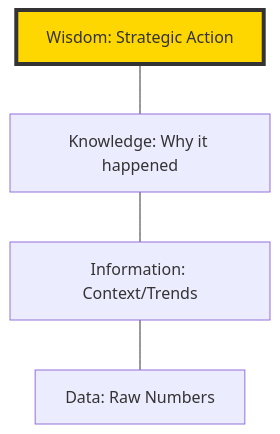
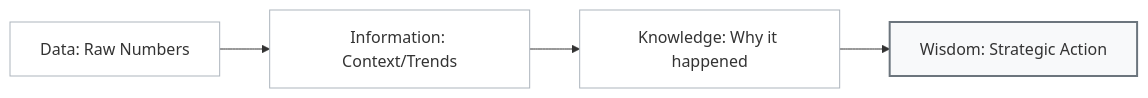
One commit to susanavenda/data_cambridge changed the second of 11 diagrams in README.md. Above: the diagram before and after it, drawn with Mermaid. The commit also changed other lines of this file, not shown here.

````diff
--- a/README.md
+++ b/README.md
@@ -41,8 +39,11 @@
 ```mermaid
-graph TD
-    W[Wisdom: Strategic Action] --- K[Knowledge: Why it happened]
-    K --- I[Information: Context/Trends]
-    I --- D[Data: Raw Numbers]
-    style W fill:#ffd700,stroke:#333,stroke-width:4px
+graph LR
+    D[Data: Raw Numbers] --> I[Information: Context/Trends]
+    I --> K[Knowledge: Why it happened]
+    K --> W[Wisdom: Strategic Action]
+    style W fill:#f8f9fa,stroke:#6c757d,stroke-width:2px
+    style K fill:#ffffff,stroke:#adb5bd
+    style I fill:#ffffff,stroke:#adb5bd
+    style D fill:#ffffff,stroke:#adb5bd
 
 ```
````
